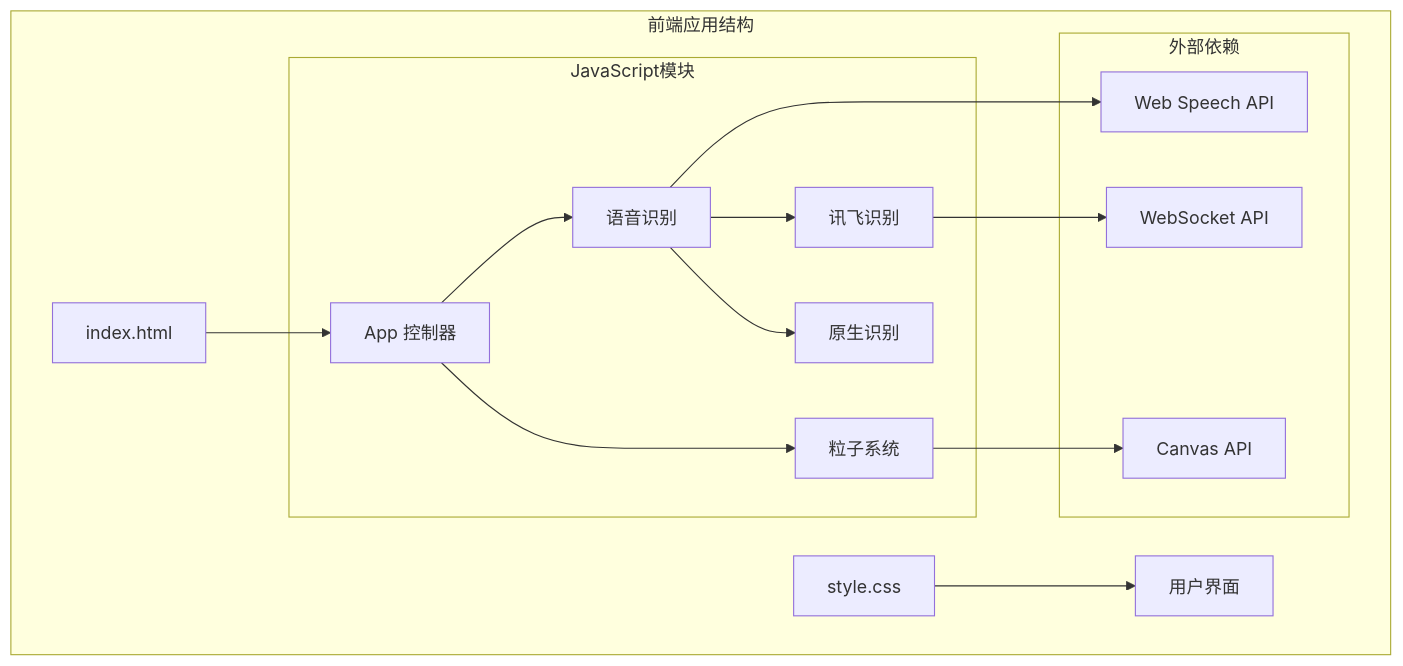
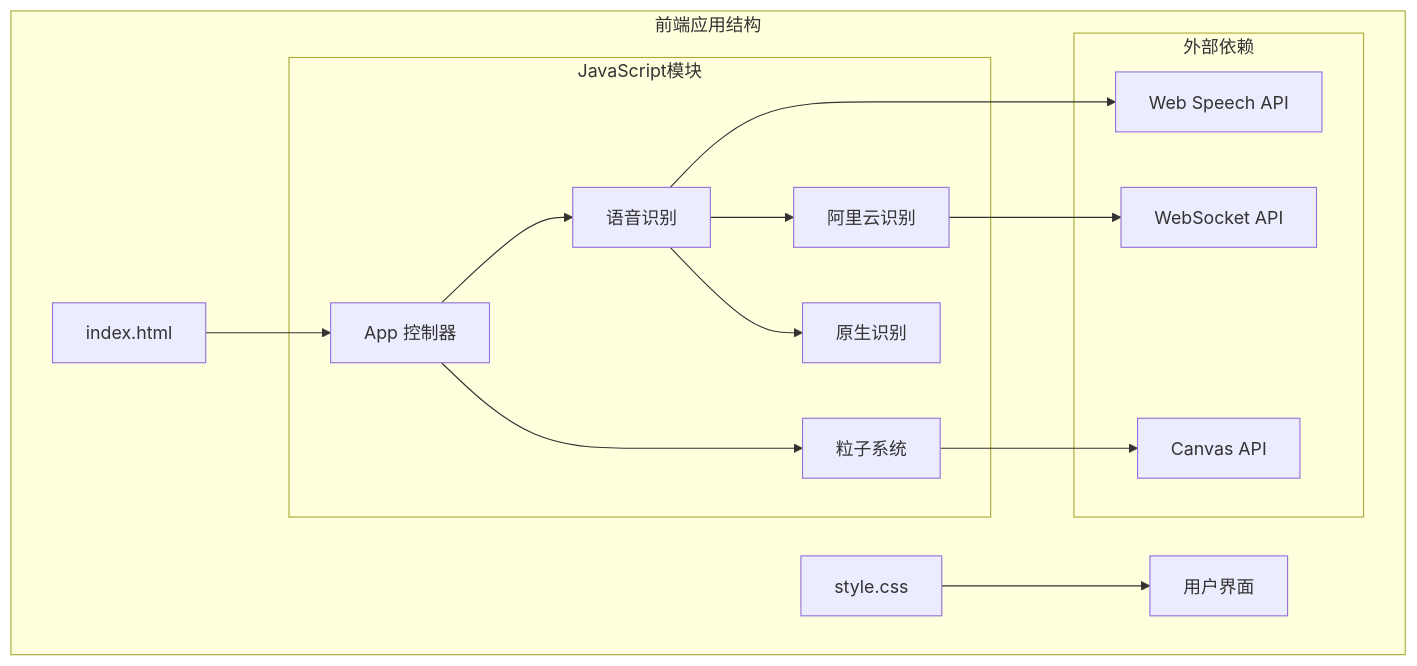
One commit to db300/MySpeechRecognition changed the first of 9 diagrams in .qoder/repowiki/zh/content/API参考文档/App 控制器 API.md. Above: the diagram before and after it, drawn with Mermaid. The commit also changed other lines of this file and 24 other files, not shown here.

````diff
--- a/.qoder/repowiki/zh/content/API参考文档/App 控制器 API.md
+++ b/.qoder/repowiki/zh/content/API参考文档/App 控制器 API.md
@@ -39,18 +47,18 @@
 ```mermaid
 graph TB
 subgraph "前端应用结构"
 HTML[index.html] --> App[App 控制器]
 CSS[style.css] --> UI[用户界面]
 subgraph "JavaScript模块"
 App --> Particles[粒子系统]
 App --> Speech[语音识别]
-Speech --> Xfyun[讯飞识别]
+Speech --> Aliyun[阿里云识别]
 Speech --> Native[原生识别]
 end
 subgraph "外部依赖"
 Speech --> WebAPI[Web Speech API]
-Xfyun --> WebSocket[WebSocket API]
+Aliyun --> WebSocket[WebSocket API]
 Particles --> Canvas[Canvas API]
 end
 end
 ```
````
